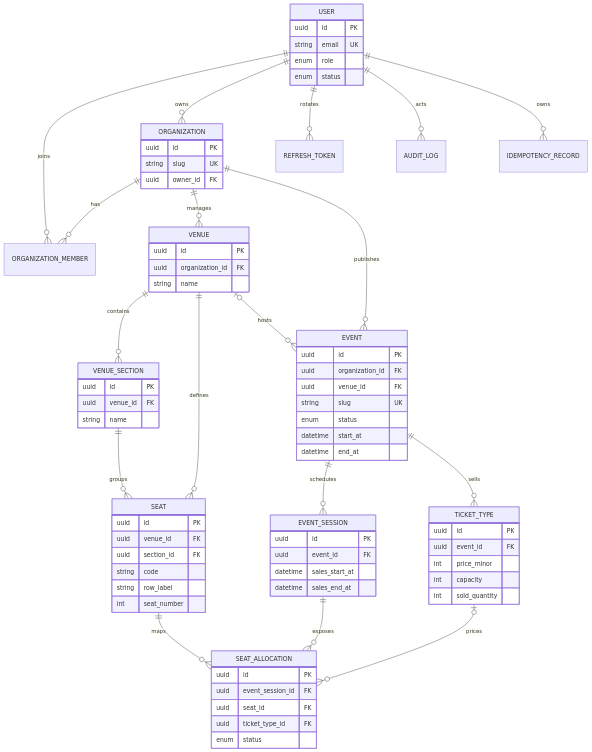
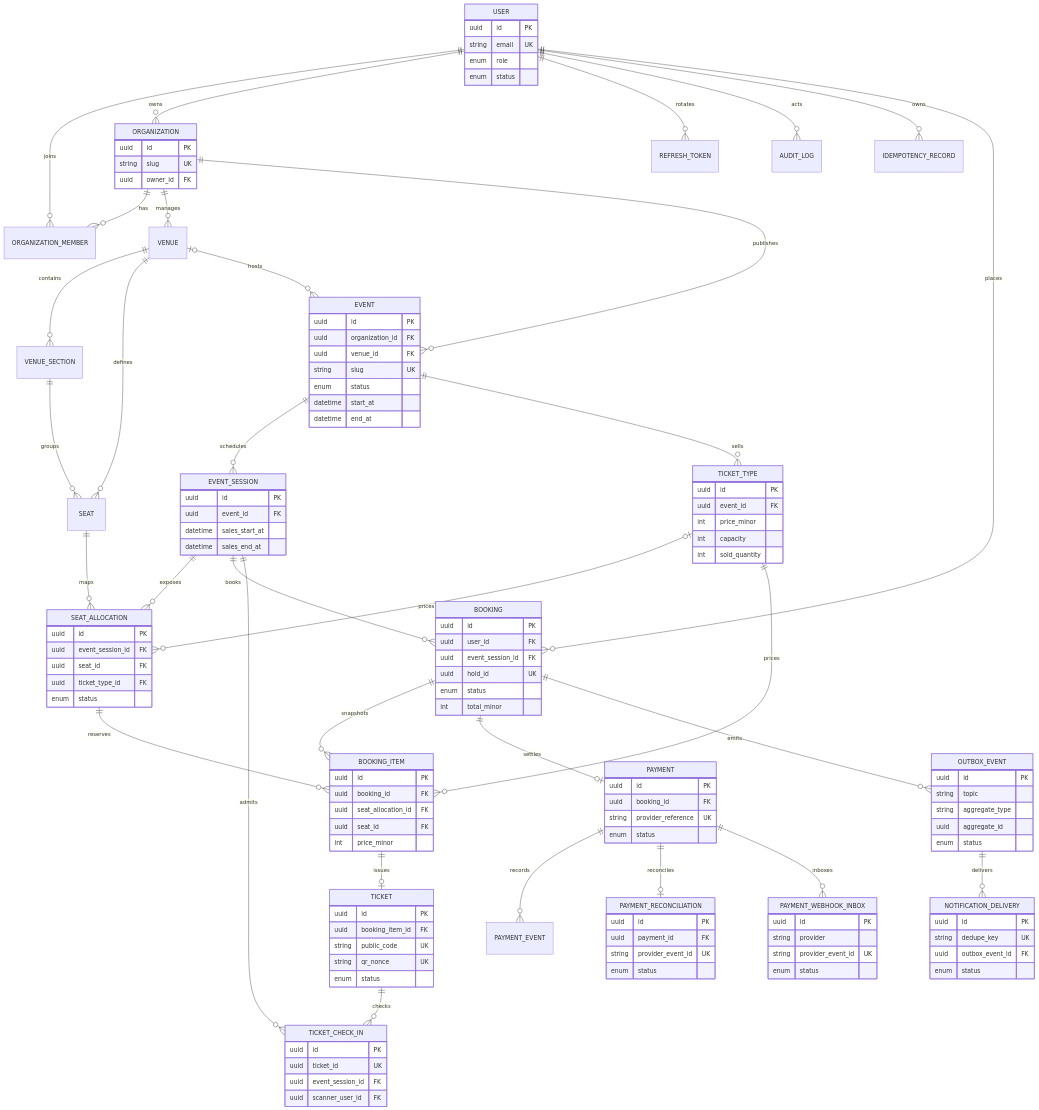
Before and after one commit to JasonTM17/Eventory: the diagram in docs/database/erd.md, drawn with Mermaid. The commit also changed other lines of this file and 34 other files, not shown here.

````diff
--- a/docs/database/erd.md
+++ b/docs/database/erd.md
@@ -21,6 +24,20 @@
   USER ||--o{ REFRESH_TOKEN : rotates
   USER ||--o{ AUDIT_LOG : acts
   USER ||--o{ IDEMPOTENCY_RECORD : owns
+  EVENT_SESSION ||--o{ BOOKING : books
+  USER ||--o{ BOOKING : places
+  BOOKING ||--o{ BOOKING_ITEM : snapshots
+  SEAT_ALLOCATION ||--o{ BOOKING_ITEM : reserves
+  TICKET_TYPE ||--o{ BOOKING_ITEM : prices
+  BOOKING ||--o| PAYMENT : settles
+  PAYMENT ||--o{ PAYMENT_EVENT : records
+  PAYMENT ||--o| PAYMENT_RECONCILIATION : reconciles
+  PAYMENT ||--o{ PAYMENT_WEBHOOK_INBOX : inboxes
+  BOOKING ||--o{ OUTBOX_EVENT : emits
+  OUTBOX_EVENT ||--o{ NOTIFICATION_DELIVERY : delivers
+  BOOKING_ITEM ||--o| TICKET : issues
+  TICKET ||--o{ TICKET_CHECK_IN : checks
+  EVENT_SESSION ||--o{ TICKET_CHECK_IN : admits
 
   USER {
     uuid id PK
@@ -32,24 +49,6 @@
     uuid id PK
     string slug UK
     uuid owner_id FK
-  }
-  VENUE {
-    uuid id PK
-    uuid organization_id FK
-    string name
-  }
-  VENUE_SECTION {
-    uuid id PK
-    uuid venue_id FK
-    string name
-  }
-  SEAT {
-    uuid id PK
-    uuid venue_id FK
-    uuid section_id FK
-    string code
-    string row_label
-    int seat_number
   }
   EVENT {
     uuid id PK
@@ -80,4 +79,63 @@
     uuid ticket_type_id FK
     enum status
   }
+  BOOKING {
+    uuid id PK
+    uuid user_id FK
+    uuid event_session_id FK
+    uuid hold_id UK
+    enum status
+    int total_minor
+  }
+  BOOKING_ITEM {
+    uuid id PK
+    uuid booking_id FK
+    uuid seat_allocation_id FK
+    uuid seat_id FK
+    int price_minor
+  }
+  PAYMENT {
+    uuid id PK
+    uuid booking_id FK
+    string provider_reference UK
+    enum status
+  }
+  PAYMENT_RECONCILIATION {
+    uuid id PK
+    uuid payment_id FK
+    string provider_event_id UK
+    enum status
+  }
+  PAYMENT_WEBHOOK_INBOX {
+    uuid id PK
+    string provider
+    string provider_event_id UK
+    enum status
+  }
+  OUTBOX_EVENT {
+    uuid id PK
+    string topic
+    string aggregate_type
+    uuid aggregate_id
+    enum status
+  }
+  NOTIFICATION_DELIVERY {
+    uuid id PK
+    string dedupe_key UK
+    uuid outbox_event_id FK
+    enum status
+  }
+  TICKET {
+    uuid id PK
+    uuid booking_item_id FK
+    string public_code UK
+    string qr_nonce UK
+    enum status
+  }
+  TICKET_CHECK_IN {
+    uuid id PK
+    uuid ticket_id UK
+    uuid event_session_id FK
+    uuid scanner_user_id FK
+  }
 ```
````
